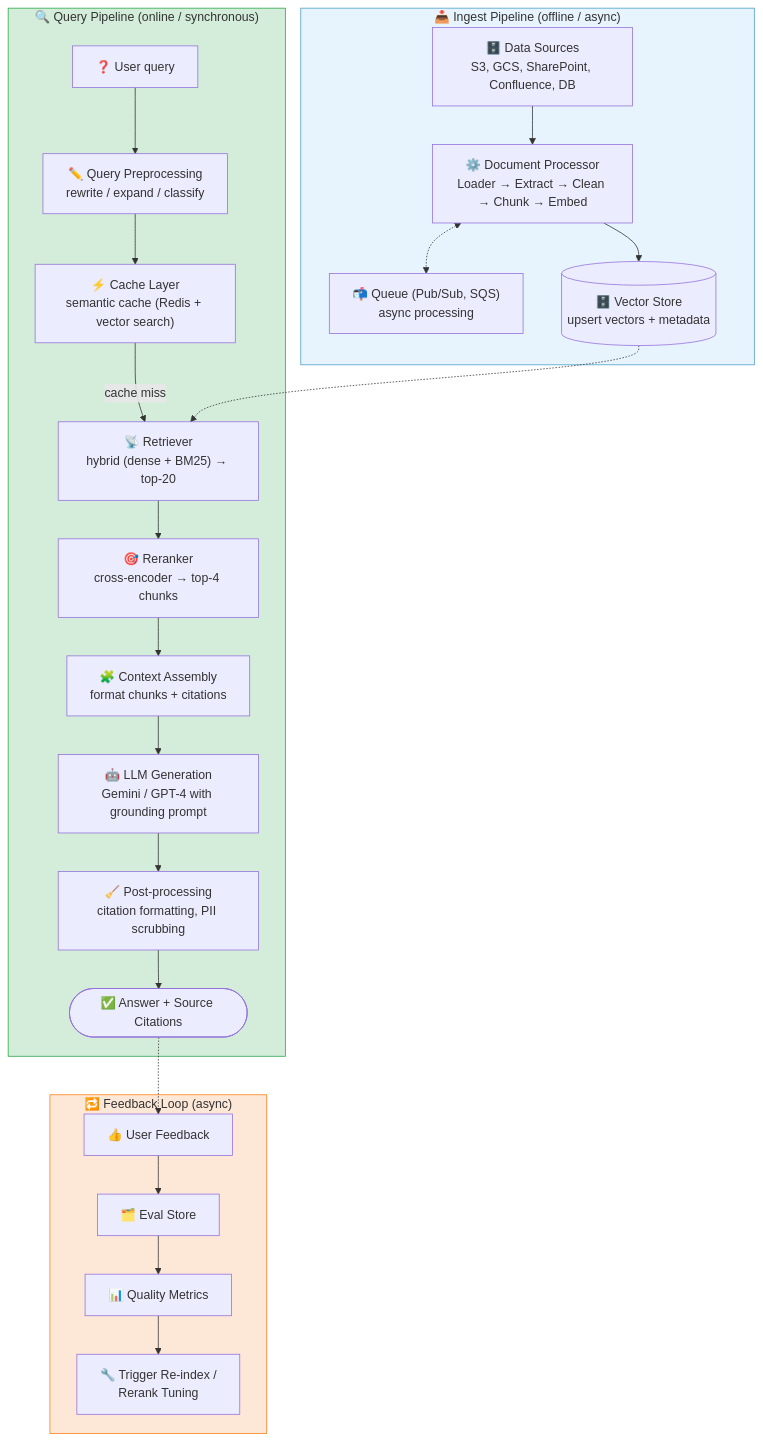
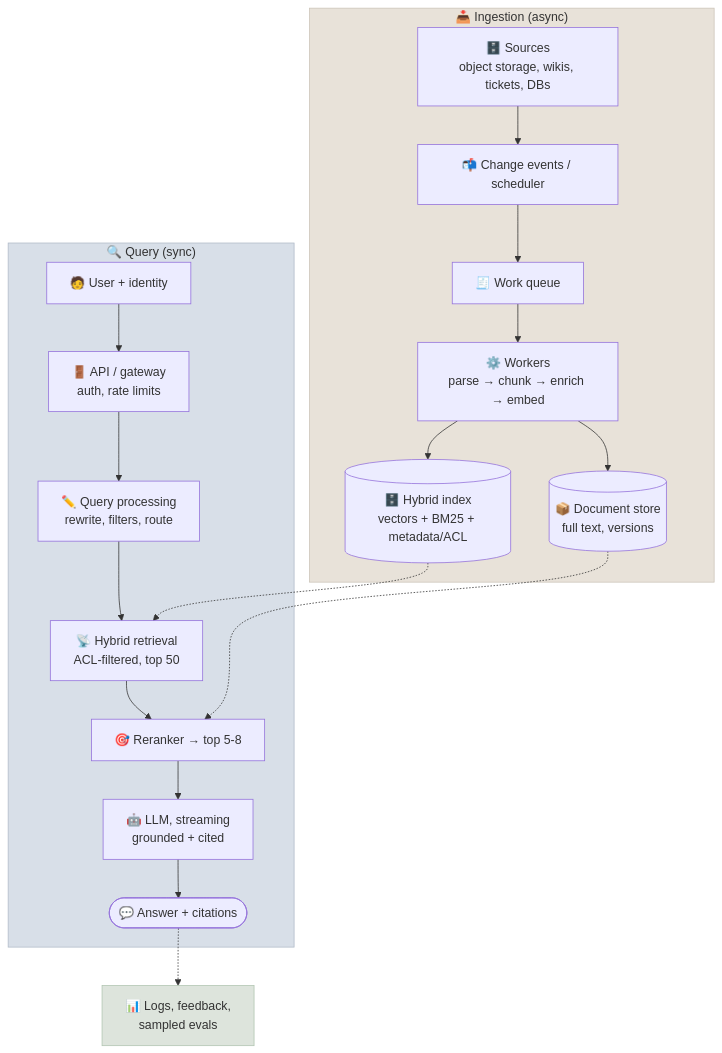
Before and after one commit to sundante/sun-course-genai: the first of 2 diagrams in src/content/11-RAG/Notes/10-RAG-System-Design.mdx, drawn with Mermaid. The commit also changed other lines of this file and 24 other files, not shown here.

````diff
--- a/src/content/11-RAG/Notes/10-RAG-System-Design.mdx
+++ b/src/content/11-RAG/Notes/10-RAG-System-Design.mdx
@@ -44,30 +33,25 @@
 ```mermaid
 flowchart TD
-    subgraph INGEST["📥 Ingest Pipeline (offline / async)"]
-        DS["🗄️ Data Sources<br/>S3, GCS, SharePoint, Confluence, DB"] --> DP["⚙️ Document Processor<br/>Loader → Extract → Clean → Chunk → Embed"]
-        DP <-.-> Q["📬 Queue (Pub/Sub, SQS)<br/>async processing"]
-        DP --> VS[("🗄️ Vector Store<br/>upsert vectors + metadata")]
+    subgraph ING["📥 Ingestion (async)"]
+        SRC["🗄️ Sources<br/>object storage, wikis, tickets, DBs"] --> EV["📬 Change events / scheduler"]
+        EV --> Q1["🧾 Work queue"]
+        Q1 --> W["⚙️ Workers<br/>parse → chunk → enrich → embed"]
+        W --> IDX[("🗄️ Hybrid index<br/>vectors + BM25 + metadata/ACL")]
+        W --> DOCS[("📦 Document store<br/>full text, versions")]
     end
+    subgraph QRY["🔍 Query (sync)"]
+        U["🧑 User + identity"] --> API["🚪 API / gateway<br/>auth, rate limits"]
+        API --> QP["✏️ Query processing<br/>rewrite, filters, route"]
+        QP --> RET["📡 Hybrid retrieval<br/>ACL-filtered, top 50"]
+        RET --> RR["🎯 Reranker → top 5-8"]
+        RR --> GEN["🤖 LLM, streaming<br/>grounded + cited"]
+        GEN --> OUT(["💬 Answer + citations"])
+    end
+    IDX -.-> RET
+    DOCS -.-> RR
+    OUT -.-> FB["📊 Logs, feedback,<br/>sampled evals"]
 
-    subgraph QUERY["🔍 Query Pipeline (online / synchronous)"]
-        UQ["❓ User query"] --> QP["✏️ Query Preprocessing<br/>rewrite / expand / classify"]
-        QP --> CACHE["⚡ Cache Layer<br/>semantic cache (Redis + vector search)"]
-        CACHE -->|cache miss| RET["📡 Retriever<br/>hybrid (dense + BM25) → top-20"]
-        RET --> RR["🎯 Reranker<br/>cross-encoder → top-4 chunks"]
-        RR --> CA["🧩 Context Assembly<br/>format chunks + citations"]
-        CA --> LLM["🤖 LLM Generation<br/>Gemini / GPT-4 with grounding prompt"]
-        LLM --> PP["🧹 Post-processing<br/>citation formatting, PII scrubbing"]
-        PP --> ANS(["✅ Answer + Source Citations"])
-    end
-
-    subgraph FEEDBACK["🔁 Feedback Loop (async)"]
-        UF["👍 User Feedback"] --> ES["🗂️ Eval Store"] --> QM["📊 Quality Metrics"] --> TR["🔧 Trigger Re-index /<br/>Rerank Tuning"]
-    end
-
-    VS -.-> RET
-    ANS -.-> UF
-
-    style INGEST fill:#e8f4fd,stroke:#4a9eca
-    style QUERY fill:#d4edda,stroke:#28a745
-    style FEEDBACK fill:#fde8d8,stroke:#fd7e14
+    style ING fill:#e8e2d9,stroke:#ccc4b8
+    style QRY fill:#d8dfe8,stroke:#b0bac8
+    style FB fill:#dde4dc,stroke:#b0c4b0
 ```
````
